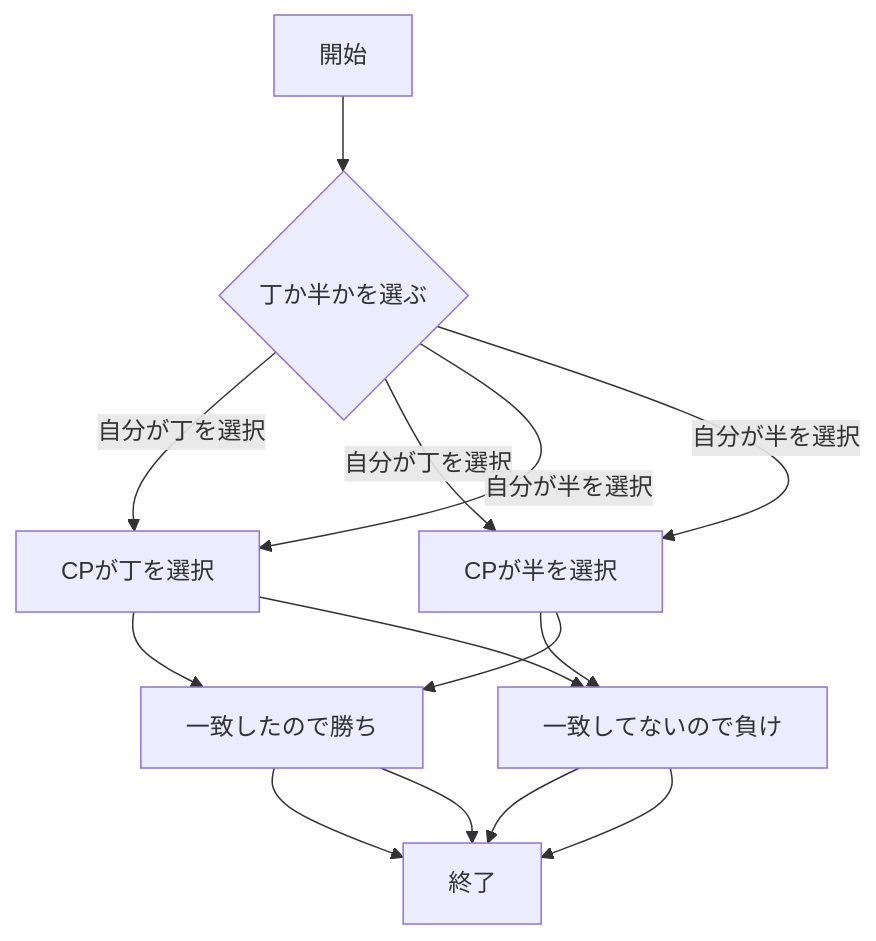
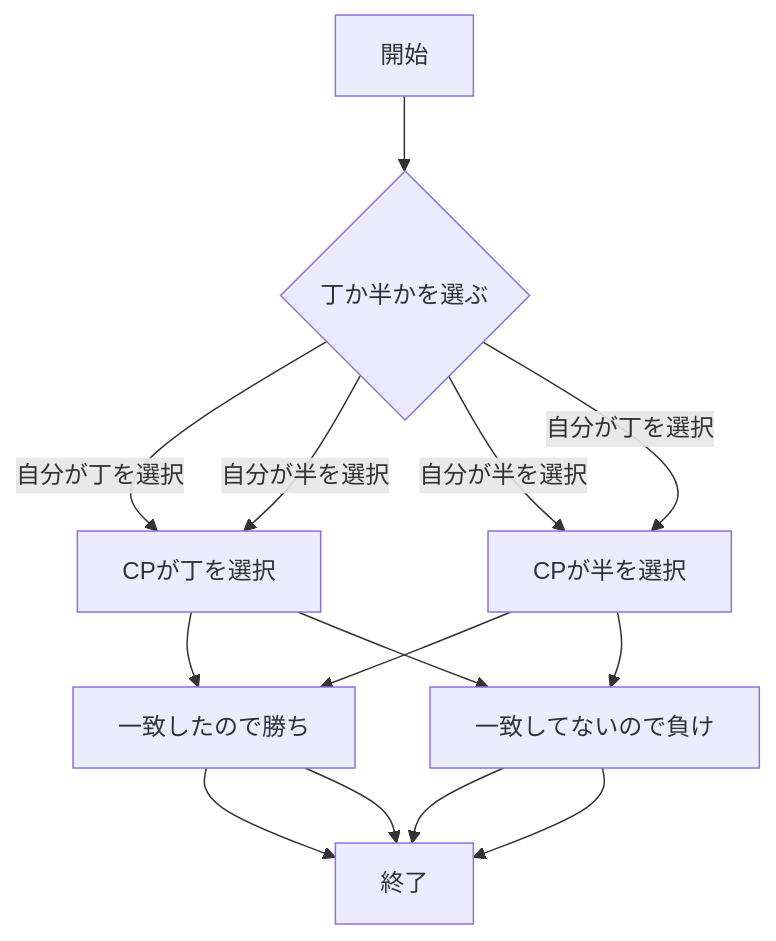
The eighth of 9 diagrams in README.md (km919/webpro_06), drawn with Mermaid before and after one commit.

Commit message:
12月27日1:55に編集済

````diff
--- a/README.md
+++ b/README.md
@@ -297,15 +297,18 @@
 ```mermaid
 flowchart TD;
 start["開始"];
 end1["終了"]
 if{"丁か半かを選ぶ"}
 start --> if
 if --> |自分が丁を選択|　CPが丁を選択
 CPが丁を選択 --> 一致したので勝ち --> end1
+
+if --> |自分が半を選択|　CPが丁を選択
+CPが丁を選択 --> 一致してないので負け --> end1
+
+if --> |自分が半を選択|　CPが半を選択
+CPが半を選択 --> 一致したので勝ち --> end1
+
 if --> |自分が丁を選択|　CPが半を選択
 CPが半を選択 --> 一致してないので負け --> end1
-if --> |自分が半を選択|　CPが丁を選択
-CPが丁を選択 --> 一致してないので負け --> end1
-if --> |自分が半を選択|　CPが半を選択
-CPが半を選択 --> 一致したので勝ち --> end1
 ```
````
